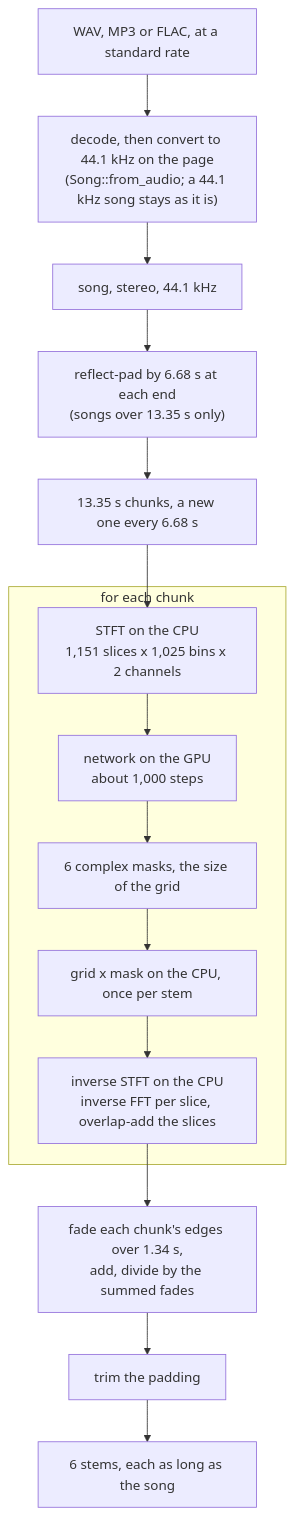
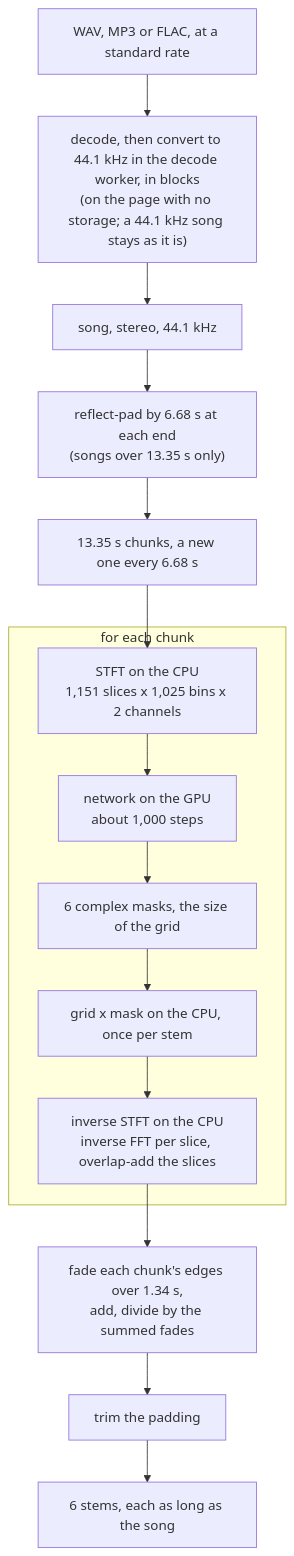
One commit to lloydmeta/stemyla changed the second of 5 diagrams in docs/ARCHITECTURE.md. Above: the diagram before and after it, drawn with Mermaid. The commit also changed other lines of this file and 141 other files, not shown here.

First line of the commit message:
Stream a song from browser storage, so long songs separate on an iPhone (MEM-4, TD-54) (#39)

````diff
--- a/docs/ARCHITECTURE.md
+++ b/docs/ARCHITECTURE.md
@@ -76,19 +91,19 @@
 ```mermaid
 flowchart TD
-  FILE["WAV, MP3 or FLAC, at a standard rate"] --> CONV["decode, then convert to 44.1 kHz on the page<br/>(Song::from_audio; a 44.1 kHz song stays as it is)"]
+  FILE["WAV, MP3 or FLAC, at a standard rate"] --> CONV["decode, then convert to 44.1 kHz in the decode worker, in blocks<br/>(on the page with no storage; a 44.1 kHz song stays as it is)"]
   CONV --> SONG["song, stereo, 44.1 kHz"]
   SONG --> PAD["reflect-pad by 6.68 s at each end<br/>(songs over 13.35 s only)"]
   PAD --> CUT["13.35 s chunks, a new one every 6.68 s"]
   subgraph chunk["for each chunk"]
     STFT["STFT on the CPU<br/>1,151 slices x 1,025 bins x 2 channels"]
     NET["network on the GPU<br/>about 1,000 steps"]
     MASKS["6 complex masks, the size of the grid"]
     APPLY["grid x mask on the CPU, once per stem"]
     ISTFT["inverse STFT on the CPU<br/>inverse FFT per slice, overlap-add the slices"]
     STFT --> NET --> MASKS --> APPLY --> ISTFT
   end
   CUT --> STFT
   ISTFT --> XF["fade each chunk's edges over 1.34 s,<br/>add, divide by the summed fades"]
   XF --> TRIM["trim the padding"]
   TRIM --> STEMS["6 stems, each as long as the song"]
 ```
````
